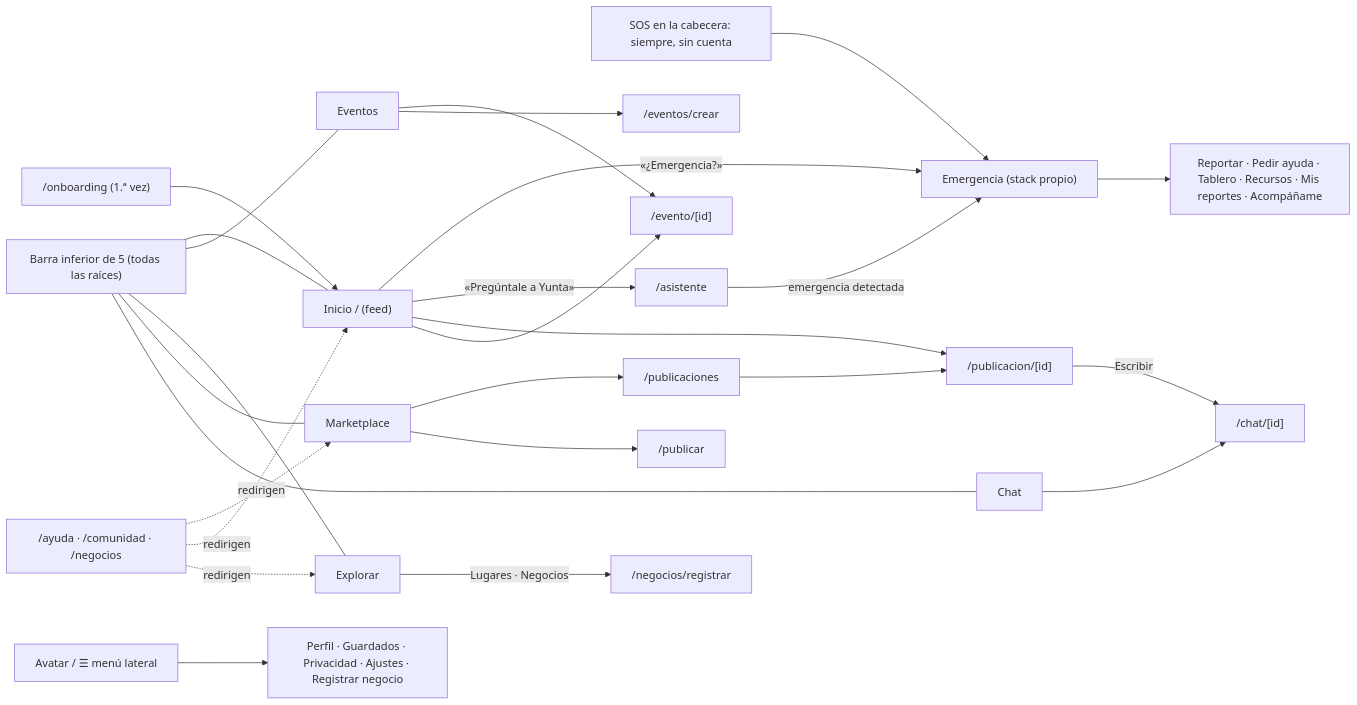
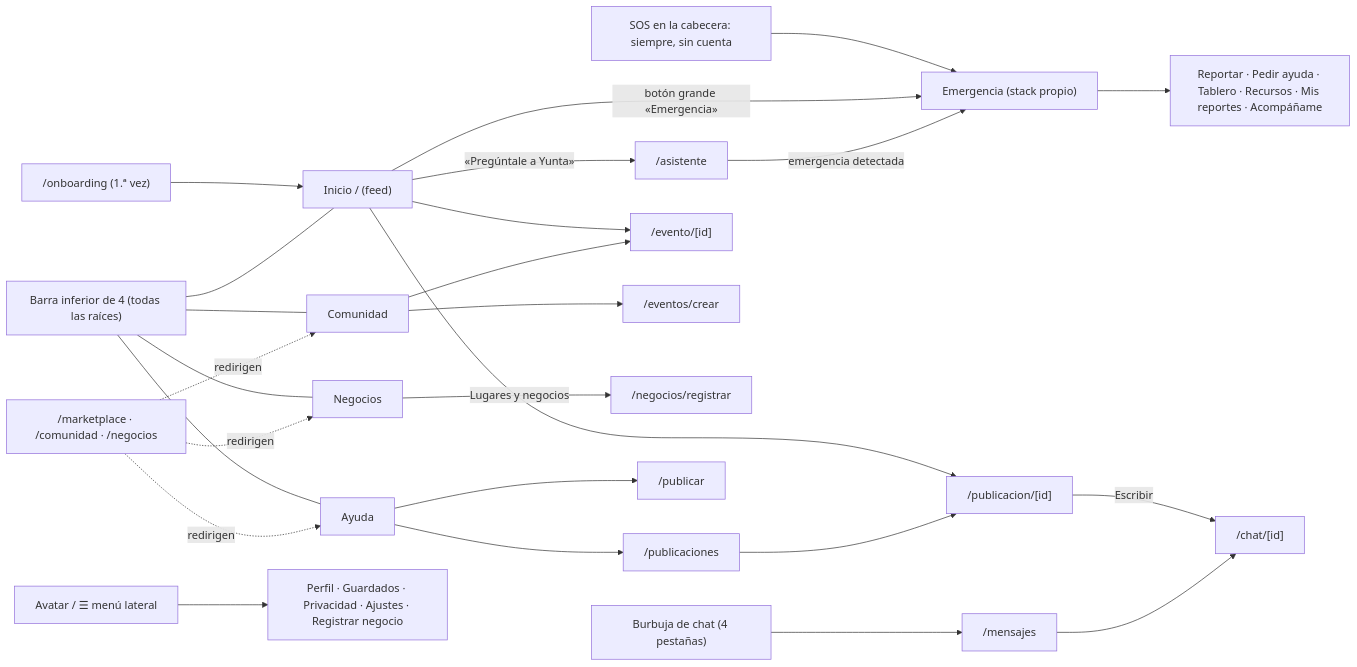
One commit to Shine299/Hackaton-Comercio-Team changed the fourth of 4 diagrams in README.md. Above: the diagram before and after it, drawn with Mermaid. The commit also changed other lines of this file and 29 other files, not shown here.

First line of the commit message:
Barra de 4 pestañas, Inicio con 4 botones y menos ruido visual

````diff
--- a/README.md
+++ b/README.md
@@ -248,23 +248,24 @@
 ```mermaid
 flowchart LR
   OB["/onboarding (1.ª vez)"] --> HOME
 
-  BAR["Barra inferior de 5 (todas las raíces)"] --- HOME["Inicio / (feed)"] & EVE["Eventos"] & EXP["Explorar"] & MKT["Marketplace"] & CHAT["Chat"]
+  BAR["Barra inferior de 4 (todas las raíces)"] --- HOME["Inicio / (feed)"] & EVE["Comunidad"] & EXP["Negocios"] & MKT["Ayuda"]
+  FAB["Burbuja de chat (4 pestañas)"] --> CHAT["/mensajes"]
   SOS["SOS en la cabecera: siempre, sin cuenta"] --> EME["Emergencia (stack propio)"]
-  HOME -->|«¿Emergencia?»| EME
+  HOME -->|botón grande «Emergencia»| EME
   HOME -->|«Pregúntale a Yunta»| ASI["/asistente"]
   ASI -->|emergencia detectada| EME
   MENU["Avatar / ☰ menú lateral"] --> PER["Perfil · Guardados · Privacidad · Ajustes · Registrar negocio"]
 
   HOME --> DET["/publicacion/[id]"]
   HOME --> EVD["/evento/[id]"]
   EVE --> EVD
   EVE --> EVC["/eventos/crear"]
-  EXP -->|Lugares · Negocios| REG["/negocios/registrar"]
+  EXP -->|Lugares y negocios| REG["/negocios/registrar"]
   MKT --> LIST["/publicaciones"] --> DET
   MKT --> PUB["/publicar"]
   DET -->|Escribir| CHT["/chat/[id]"]
   CHAT --> CHT
   EME --> REP["Reportar · Pedir ayuda · Tablero · Recursos · Mis reportes · Acompáñame"]
-  OLD["/ayuda · /comunidad · /negocios"] -.->|redirigen| MKT & HOME & EXP
+  OLD["/marketplace · /comunidad · /negocios"] -.->|redirigen| MKT & EVE & EXP
 ```
````
